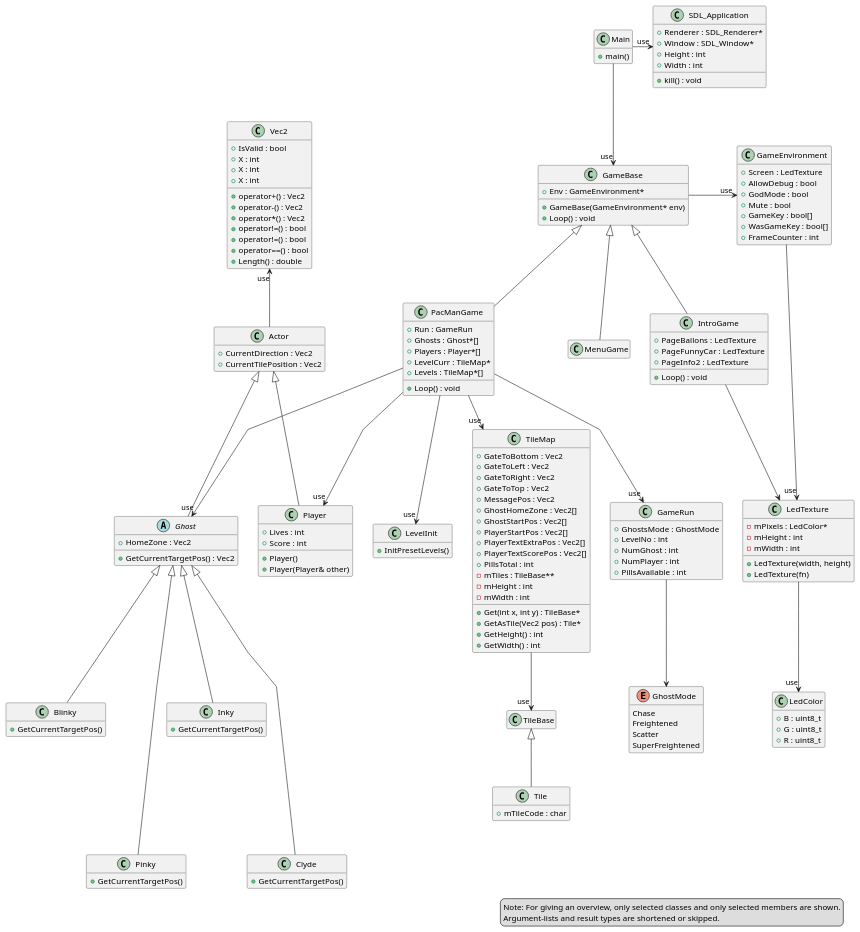
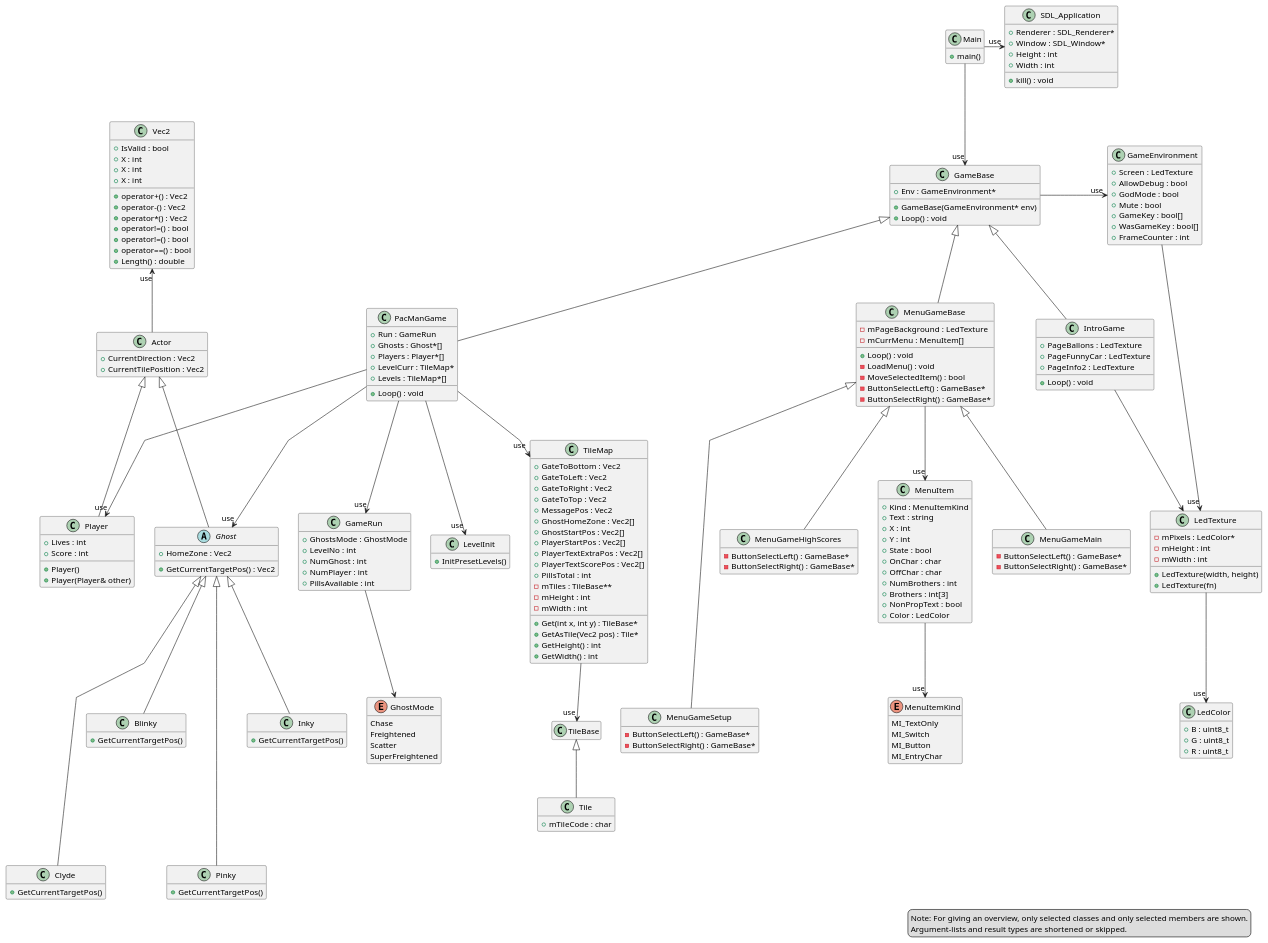
One commit to MichaelHoffmeisterFesto/led-pong changed the diagram in UML/ClassOverview.puml. Above: the diagram before and after it, drawn with PlantUML. The commit also changed 6 other files, not shown here.

```diff
--- a/UML/ClassOverview.puml
+++ b/UML/ClassOverview.puml
@@ -90,10 +90,63 @@
 
 IntroGame --> LedTexture
 
-class MenuGame {
+enum MenuItemKind {
+	MI_TextOnly
+	MI_Switch
+	MI_Button
+	MI_EntryChar
 }
 
-MenuGame -up-|> GameBase
+class MenuItem {
+	+Kind : MenuItemKind
+	+Text : string
+	+X : int
+	+Y : int
+	+State : bool
+	+OnChar : char
+	+OffChar : char
+	+NumBrothers : int
+	+Brothers : int[3]
+	+NonPropText : bool
+	+Color : LedColor
+}
+
+MenuItem --> "use" MenuItemKind
+
+class MenuGameBase {
+	+Loop() : void
+	-mPageBackground : LedTexture
+	-mCurrMenu : MenuItem[]
+	-LoadMenu() : void
+	-MoveSelectedItem() : bool
+	-ButtonSelectLeft() : GameBase*
+	-ButtonSelectRight() : GameBase*
+}
+
+MenuGameBase --> "use" MenuItem
+
+MenuGameBase -up-|> GameBase
+
+class MenuGameMain {
+	-ButtonSelectLeft() : GameBase*
+	-ButtonSelectRight() : GameBase*
+}
+
+MenuGameMain -up-|> MenuGameBase
+
+class MenuGameSetup {
+	-ButtonSelectLeft() : GameBase*
+	-ButtonSelectRight() : GameBase*
+}
+
+MenuGameSetup -up--|> MenuGameBase
+
+class MenuGameHighScores {
+	-ButtonSelectLeft() : GameBase*
+	-ButtonSelectRight() : GameBase*
+}
+
+MenuGameHighScores -up-|> MenuGameBase
 
 class Vec2 {
 	+operator+() : Vec2
```
